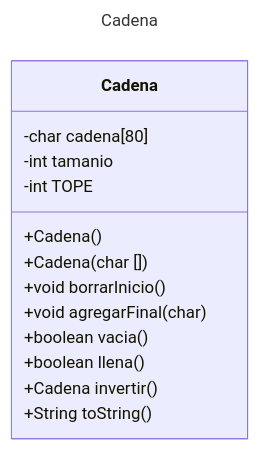
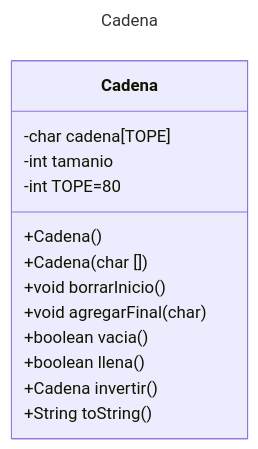
Before and after one commit to CLA-PRA/GHUB.java.EJ.TAD.LourdesArmenta: the sixth of 11 diagrams in README.md, drawn with Mermaid. The commit also changed other lines of this file and 16 other files, not shown here.

````diff
--- a/README.md
+++ b/README.md
@@ -122,19 +123,19 @@
 ```mermaid
 ---
 title: Cadena
 ---
 classDiagram
       class Cadena
-      Cadena: -char cadena[80]
+      Cadena: -char cadena[TOPE]
       Cadena: -int tamanio 
-      Cadena: -int TOPE
+      Cadena: -int TOPE=80
       Cadena: +Cadena()
       Cadena: +Cadena(char [])
       Cadena: +void borrarInicio()
       Cadena: +void agregarFinal(char)
       Cadena: +boolean vacia()
       Cadena: +boolean llena()
       Cadena: +Cadena invertir()
       Cadena: +String toString()
       
 ```
````
